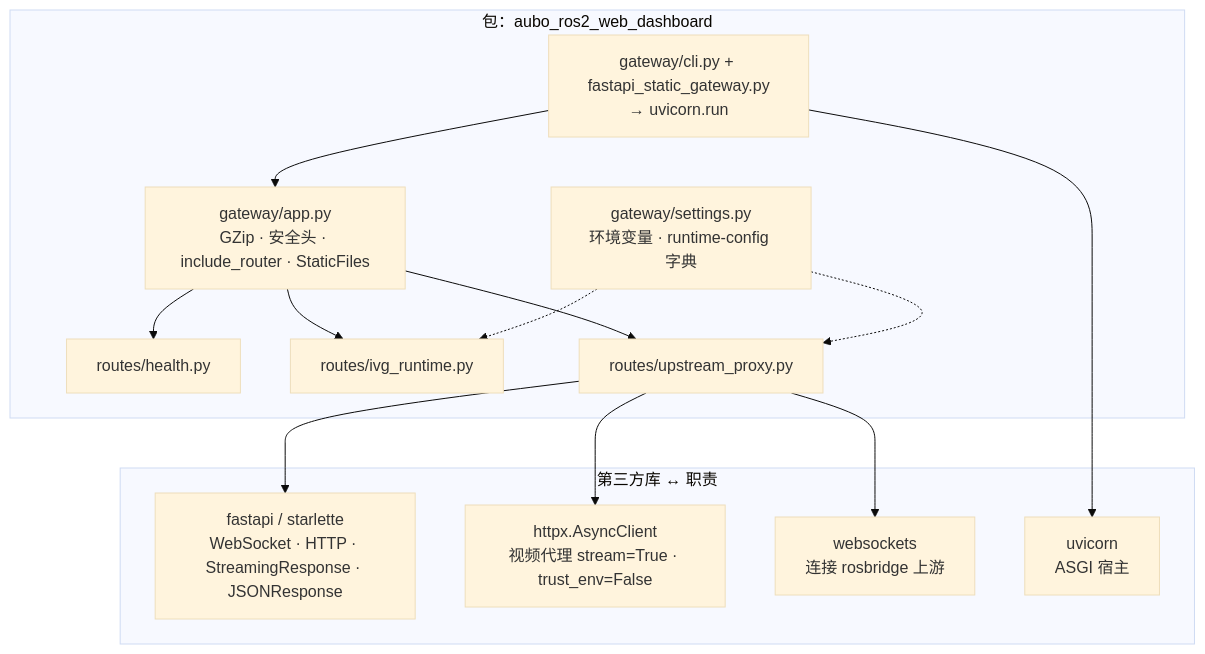
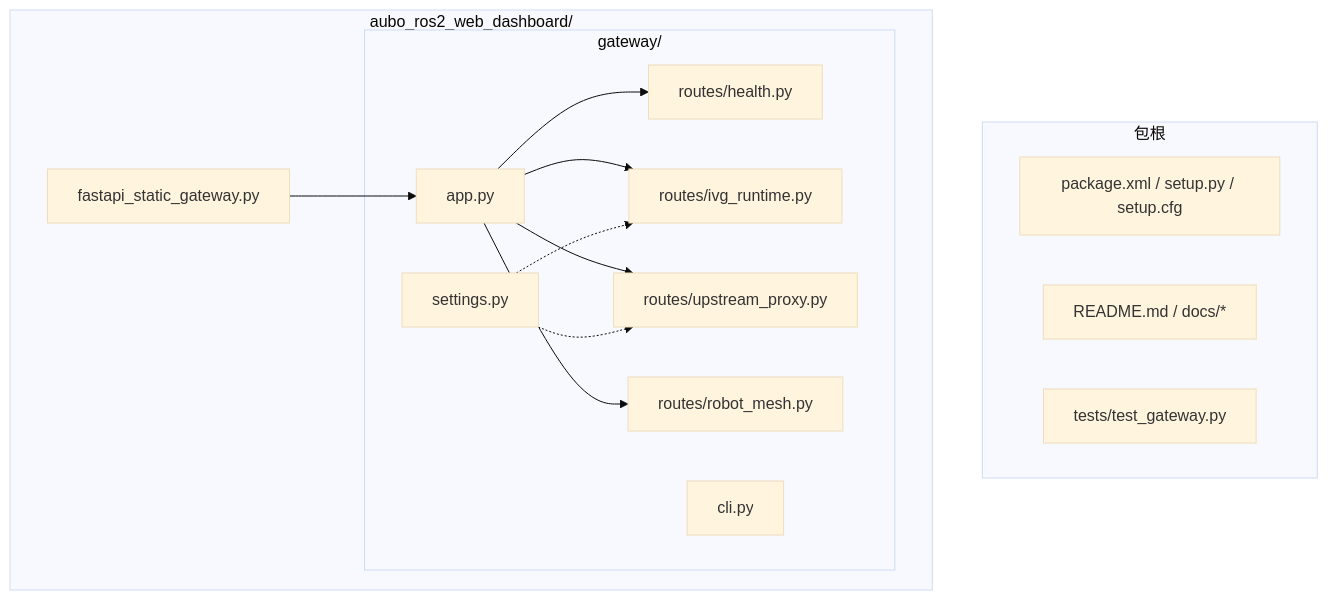
One commit to MUHAN11-c/aubo_boot changed the third of 8 diagrams in aubo_ros2_ws/src/aubo_ros2_web_dashboard/docs/architecture_diagrams.md. Above: the diagram before and after it, drawn with Mermaid (base theme). The commit also changed other lines of this file and 42 other files, not shown here.

````diff
--- a/aubo_ros2_ws/src/aubo_ros2_web_dashboard/docs/architecture_diagrams.md
+++ b/aubo_ros2_ws/src/aubo_ros2_web_dashboard/docs/architecture_diagrams.md
@@ -84,28 +68,29 @@
 ```mermaid
 flowchart TB
-  subgraph PKG["包：aubo_ros2_web_dashboard"]
-    S["gateway/settings.py<br/>环境变量 · runtime-config 字典"]
-    A["gateway/app.py<br/>GZip · 安全头 · include_router · StaticFiles"]
-    H["routes/health.py"]
-    I["routes/ivg_runtime.py"]
-    U["routes/upstream_proxy.py"]
-    C["gateway/cli.py + fastapi_static_gateway.py<br/>→ uvicorn.run"]
-    C --> A
-    A --> H
-    A --> I
-    A --> U
-    S -.-> I
-    S -.-> U
+  subgraph Root["包根"]
+    Package["package.xml / setup.py / setup.cfg"]
+    Docs["README.md / docs/*"]
+    Tests["tests/test_gateway.py"]
   end
 
-  subgraph LIB["第三方库 ↔ 职责"]
-    F["fastapi / starlette<br/>WebSocket · HTTP · StreamingResponse · JSONResponse"]
-    HX["httpx.AsyncClient<br/>视频代理 stream=True · trust_env=False"]
-    WS["websockets<br/>连接 rosbridge 上游"]
-    UV["uvicorn<br/>ASGI 宿主"]
-    U --> F
-    U --> HX
-    U --> WS
-    C --> UV
+  subgraph Pkg["aubo_ros2_web_dashboard/"]
+    Entry["fastapi_static_gateway.py"]
+    subgraph GW["gateway/"]
+      Settings["settings.py"]
+      App["app.py"]
+      Cli["cli.py"]
+      Health["routes/health.py"]
+      Runtime["routes/ivg_runtime.py"]
+      Proxy["routes/upstream_proxy.py"]
+      Mesh["routes/robot_mesh.py"]
+    end
   end
+
+  Entry --> App
+  App --> Health
+  App --> Runtime
+  App --> Proxy
+  App --> Mesh
+  Settings -.-> Runtime
+  Settings -.-> Proxy
 ```
````
